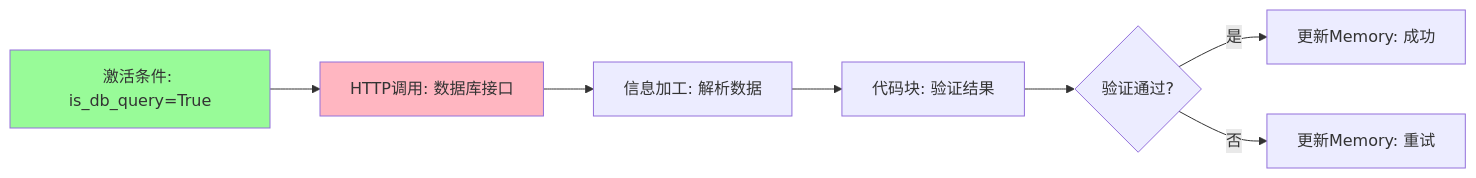
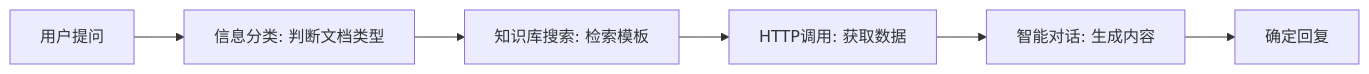
One commit to Sonnet0524/AI-Lesson-Training changed the fourth of 5 diagrams in Lesson-01/resources/示例代码/ReAct在灵知平台的实现方案.md. Above: the diagram before and after it, drawn with Mermaid. The commit also changed other lines of this file, not shown here.

````diff
--- a/Lesson-01/resources/示例代码/ReAct在灵知平台的实现方案.md
+++ b/Lesson-01/resources/示例代码/ReAct在灵知平台的实现方案.md
@@ -501,12 +453,8 @@
 ```mermaid
 graph LR
-    A[激活条件: is_db_query=True] --> B[HTTP调用: 数据库接口]
-    B --> C[信息加工: 解析数据]
-    C --> D[代码块: 验证结果]
-    D --> E{验证通过?}
-    E -->|是| F[更新Memory: 成功]
-    E -->|否| G[更新Memory: 重试]
-    
-    style A fill:#98FB98
-    style B fill:#FFB6C1
+    A[用户提问] --> B[信息分类: 判断文档类型]
+    B --> C[知识库搜索: 检索模板]
+    C --> D[HTTP调用: 获取数据]
+    D --> E[智能对话: 生成内容]
+    E --> F[确定回复]
 ```
````
